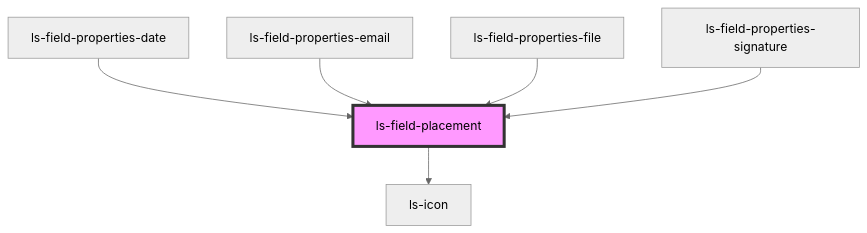
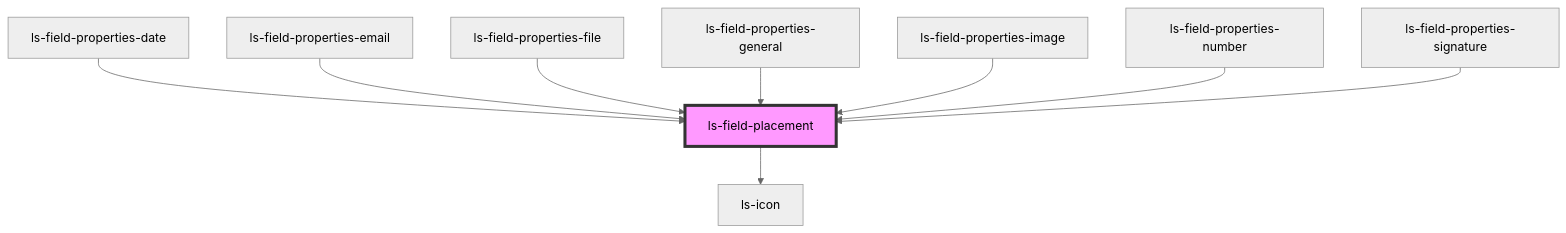
The diagram in src/components/ls-field-placement/readme.md (legalesign/ls-document-viewer), drawn with Mermaid (neutral theme) before and after one commit. The commit also changed other lines of this file and 15 other files, not shown here.

````diff
--- a/src/components/ls-field-placement/readme.md
+++ b/src/components/ls-field-placement/readme.md
@@ -37,9 +40,12 @@
 ```mermaid
 graph TD;
   ls-field-placement --> ls-icon
   ls-field-properties-date --> ls-field-placement
   ls-field-properties-email --> ls-field-placement
   ls-field-properties-file --> ls-field-placement
+  ls-field-properties-general --> ls-field-placement
+  ls-field-properties-image --> ls-field-placement
+  ls-field-properties-number --> ls-field-placement
   ls-field-properties-signature --> ls-field-placement
   style ls-field-placement fill:#f9f,stroke:#333,stroke-width:4px
 ```
````
